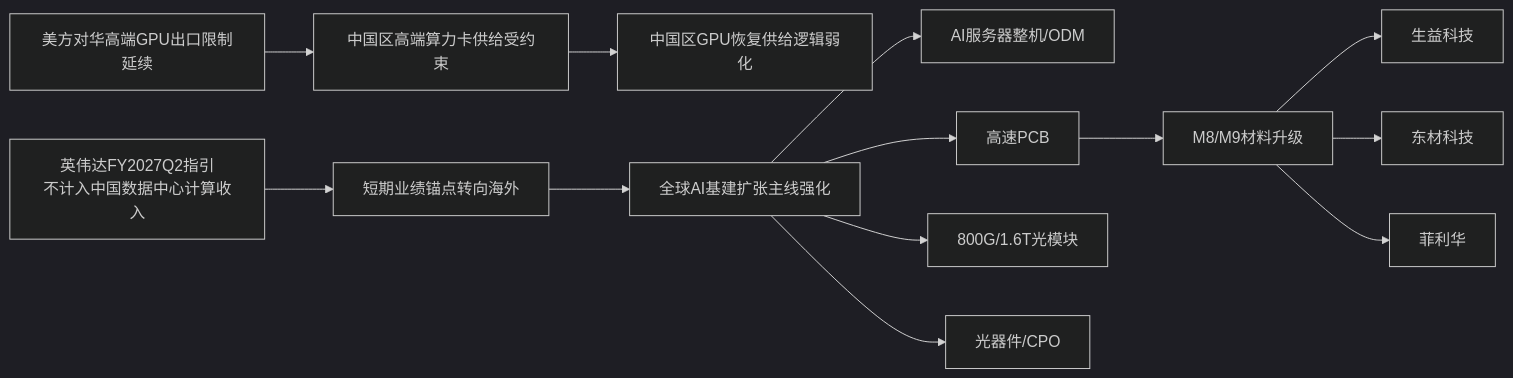
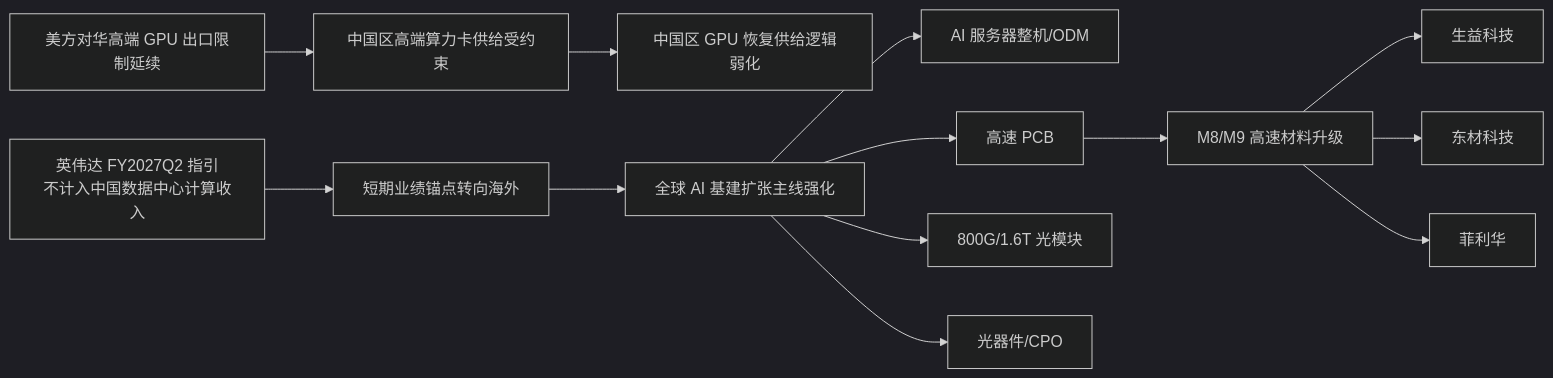
One commit to JiGW24/DeepNotes changed the first of 3 diagrams in 国内英伟达产业链供给分析与短期投资方向.md. Above: the diagram before and after it, drawn with Mermaid (dark theme). The commit also changed other lines of this file and 6 other files, not shown here.

````diff
--- a/国内英伟达产业链供给分析与短期投资方向.md
+++ b/国内英伟达产业链供给分析与短期投资方向.md
@@ -16,15 +42,15 @@
 ```mermaid
 flowchart LR
-    A[美方对华高端GPU出口限制延续] --> B[中国区高端算力卡供给受约束]
-    C[英伟达FY2027Q2指引\n不计入中国数据中心计算收入] --> D[短期业绩锚点转向海外]
-    B --> E[中国区GPU恢复供给逻辑弱化]
-    D --> F[全球AI基建扩张主线强化]
-    F --> G[AI服务器整机/ODM]
-    F --> H[高速PCB]
-    F --> I[800G/1.6T光模块]
+    A[美方对华高端 GPU 出口限制延续] --> B[中国区高端算力卡供给受约束]
+    C[英伟达 FY2027Q2 指引<br/>不计入中国数据中心计算收入] --> D[短期业绩锚点转向海外]
+    B --> E[中国区 GPU 恢复供给逻辑弱化]
+    D --> F[全球 AI 基建扩张主线强化]
+    F --> G[AI 服务器整机/ODM]
+    F --> H[高速 PCB]
+    F --> I[800G/1.6T 光模块]
     F --> J[光器件/CPO]
-    H --> K[M8/M9材料升级]
+    H --> K[M8/M9 高速材料升级]
     K --> L[生益科技]
     K --> M[东材科技]
     K --> N[菲利华]
 ```
````
